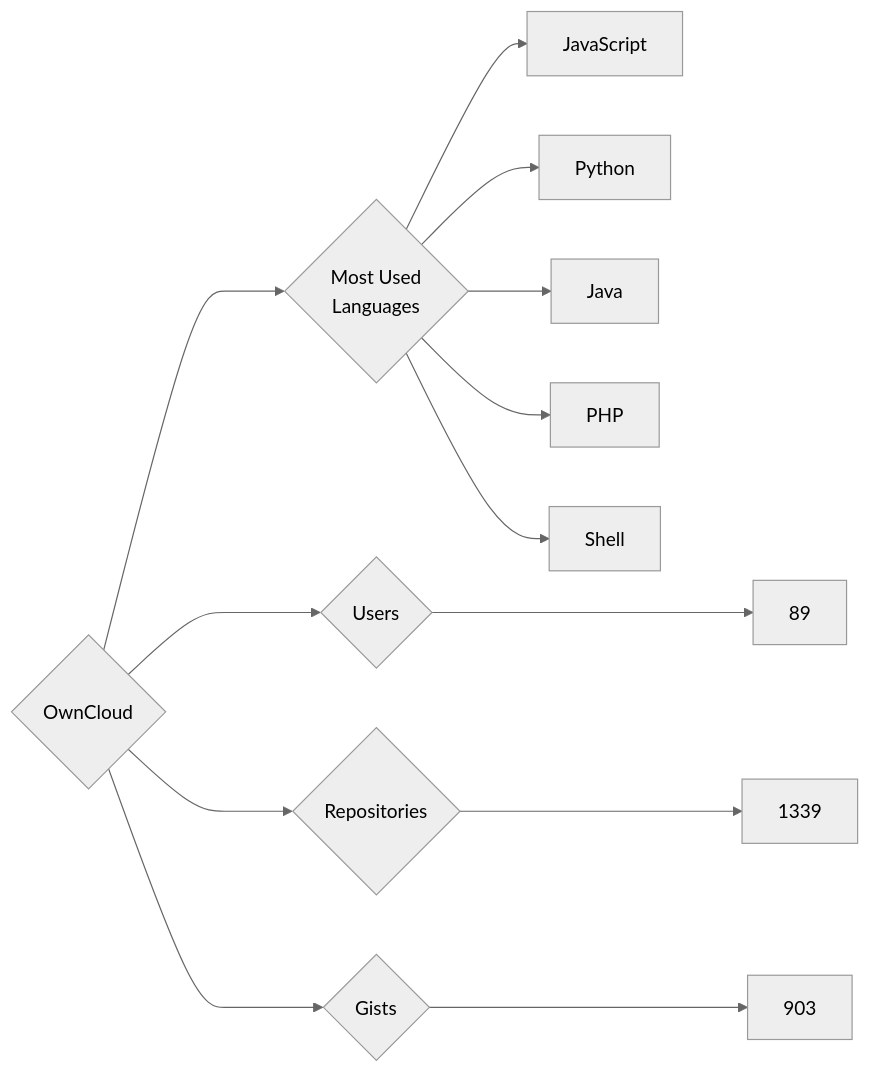
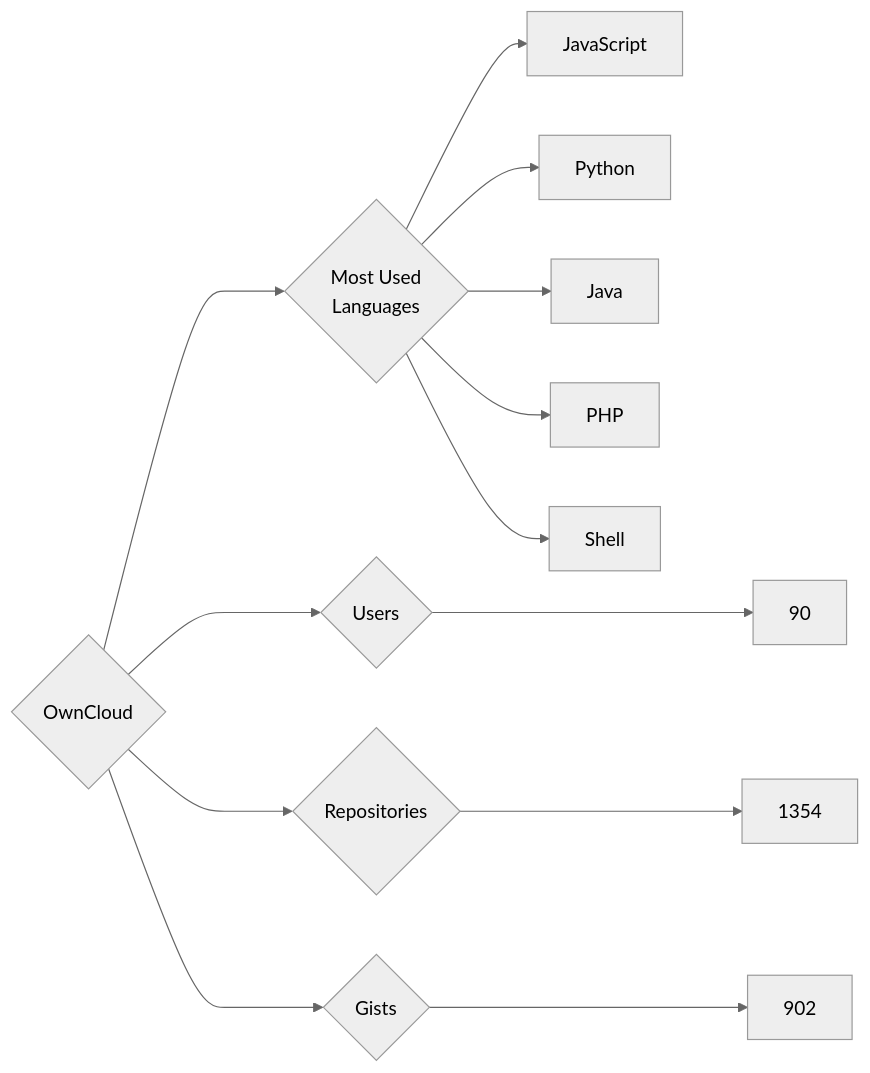
The diagram in targets/OwnCloud/README.md (trickest/insiders), drawn with Mermaid (neutral theme) before and after one commit. The commit also changed 939 other files, not shown here.

````diff
--- a/targets/OwnCloud/README.md
+++ b/targets/OwnCloud/README.md
@@ -3,13 +3,13 @@
 ```mermaid
 graph LR
 COMPANY_NAME{OwnCloud}
-COMPANY_NAME ---> U{Users} ---> UN[89]
-COMPANY_NAME ---> R{Repositories} ---> RN[1339]
-COMPANY_NAME ---> G{Gists} ---> GN[903]
+COMPANY_NAME ---> U{Users} ---> UN[90]
+COMPANY_NAME ---> R{Repositories} ---> RN[1354]
+COMPANY_NAME ---> G{Gists} ---> GN[902]
 COMPANY_NAME ---> ML{Most Used<br>Languages}
 ML --> JavaScript[JavaScript]
 ML --> Python[Python]
 ML --> Java[Java]
 ML --> PHP[PHP]
 ML --> Shell[Shell]
 ```
````
